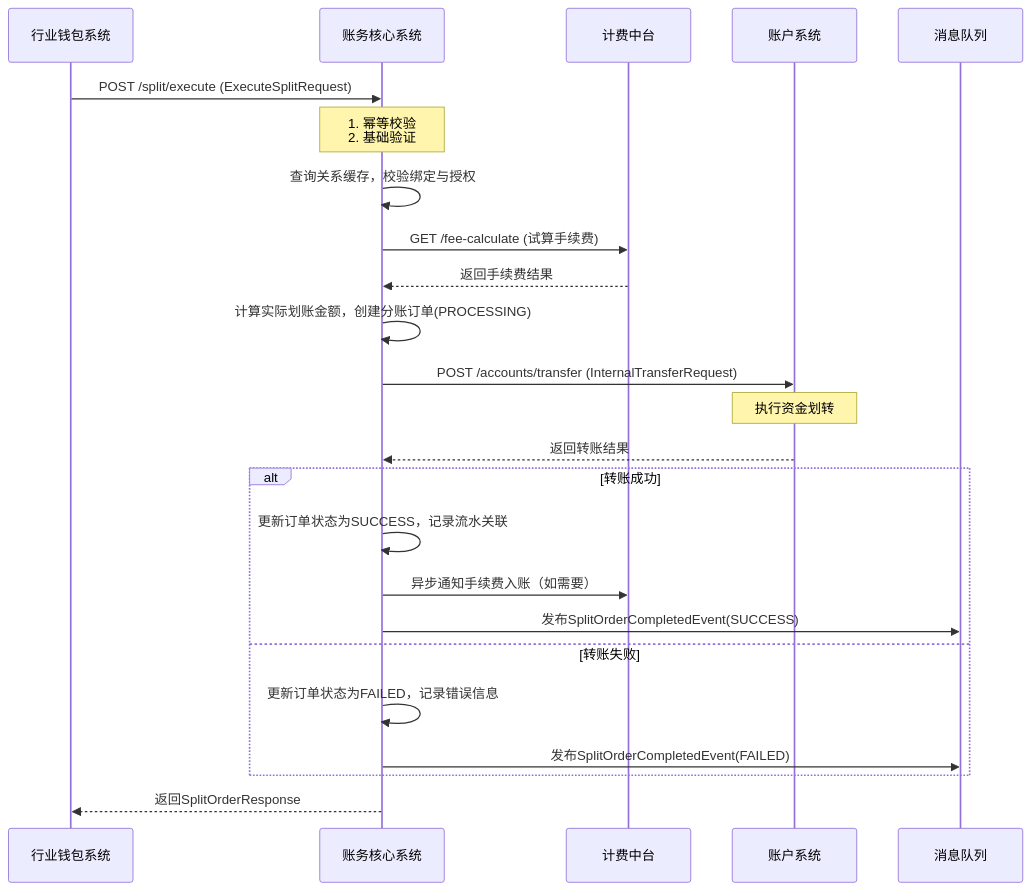
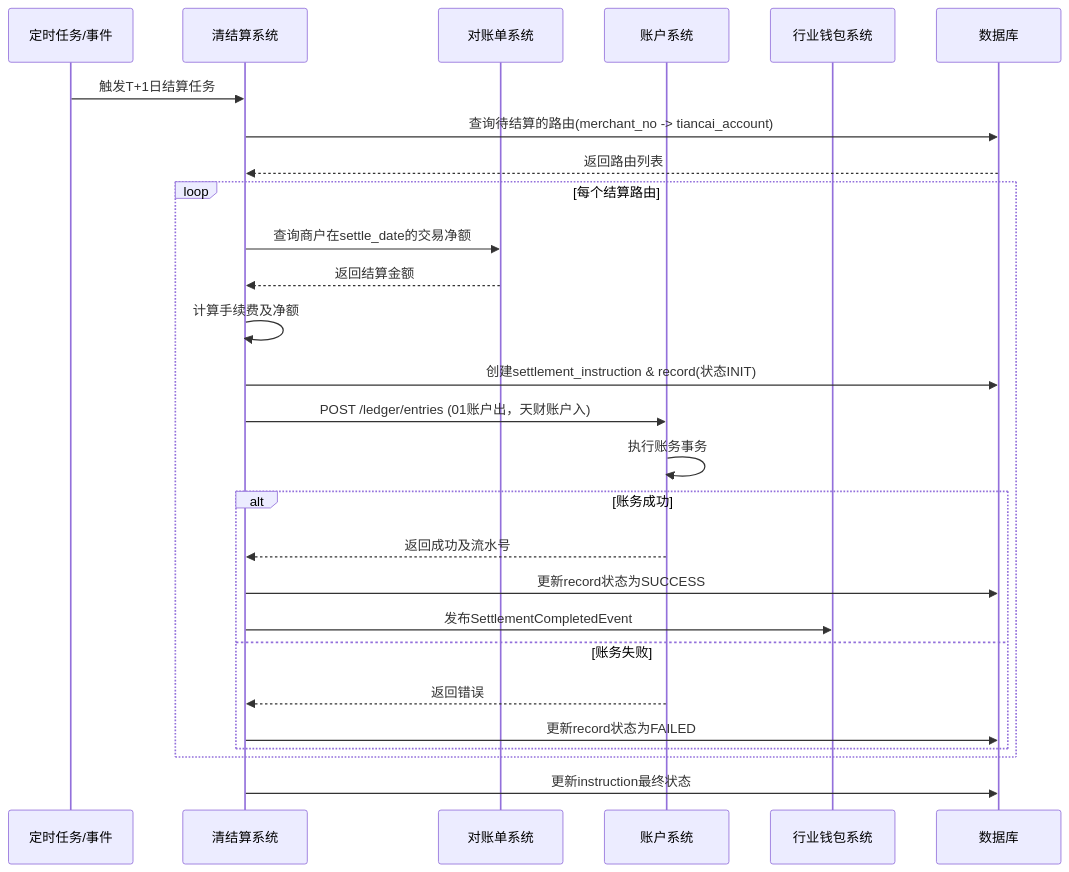
Before and after one commit to youzi211/AiCoding: diagram 13 of 28 in data/天财分账需求/gpt-5.2/output/final_design_document.md, drawn with Mermaid. The commit also changed other lines of this file and 93 other files, not shown here.

````diff
--- a/data/天财分账需求/gpt-5.2/output/final_design_document.md
+++ b/data/天财分账需求/gpt-5.2/output/final_design_document.md
@@ -2164,27 +2058,30 @@
 ```mermaid
 sequenceDiagram
+    participant Scheduler as 定时任务/事件
+    participant S as 清结算系统
+    participant B as 对账单系统
+    participant A as 账户系统
     participant W as 行业钱包系统
-    participant S as 账务核心系统
-    participant C as 计费中台
-    participant A as 账户系统
-    participant MQ as 消息队列
+    participant DB as 数据库
 
-    W->>S: POST /split/execute (ExecuteSplitRequest)
-    Note over S: 1. 幂等校验<br/>2. 基础验证
-    S->>S: 查询关系缓存，校验绑定与授权
-    S->>C: GET /fee-calculate (试算手续费)
-    C-->>S: 返回手续费结果
-    S->>S: 计算实际划账金额，创建分账订单(PROCESSING)
-    S->>A: POST /accounts/transfer (InternalTransferRequest)
-    Note over A: 执行资金划转
-    A-->>S: 返回转账结果
-    alt 转账成功
-        S->>S: 更新订单状态为SUCCESS，记录流水关联
-        S->>C: 异步通知手续费入账（如需要）
-        S->>MQ: 发布SplitOrderCompletedEvent(SUCCESS)
-    else 转账失败
-        S->>S: 更新订单状态为FAILED，记录错误信息
-        S->>MQ: 发布SplitOrderCompletedEvent(FAILED)
+    Scheduler->>S: 触发T+1日结算任务
+    S->>DB: 查询待结算的路由(merchant_no -> tiancai_account)
+    DB-->>S: 返回路由列表
+    loop 每个结算路由
+        S->>B: 查询商户在settle_date的交易净额
+        B-->>S: 返回结算金额
+        S->>S: 计算手续费及净额
+        S->>DB: 创建settlement_instruction & record(状态INIT)
+        S->>A: POST /ledger/entries (01账户出，天财账户入)
+        A->>A: 执行账务事务
+        alt 账务成功
+            A-->>S: 返回成功及流水号
+            S->>DB: 更新record状态为SUCCESS
+            S->>W: 发布SettlementCompletedEvent
+        else 账务失败
+            A-->>S: 返回错误
+            S->>DB: 更新record状态为FAILED
+        end
     end
-    S-->>W: 返回SplitOrderResponse
+    S->>DB: 更新instruction最终状态
 ```
````
